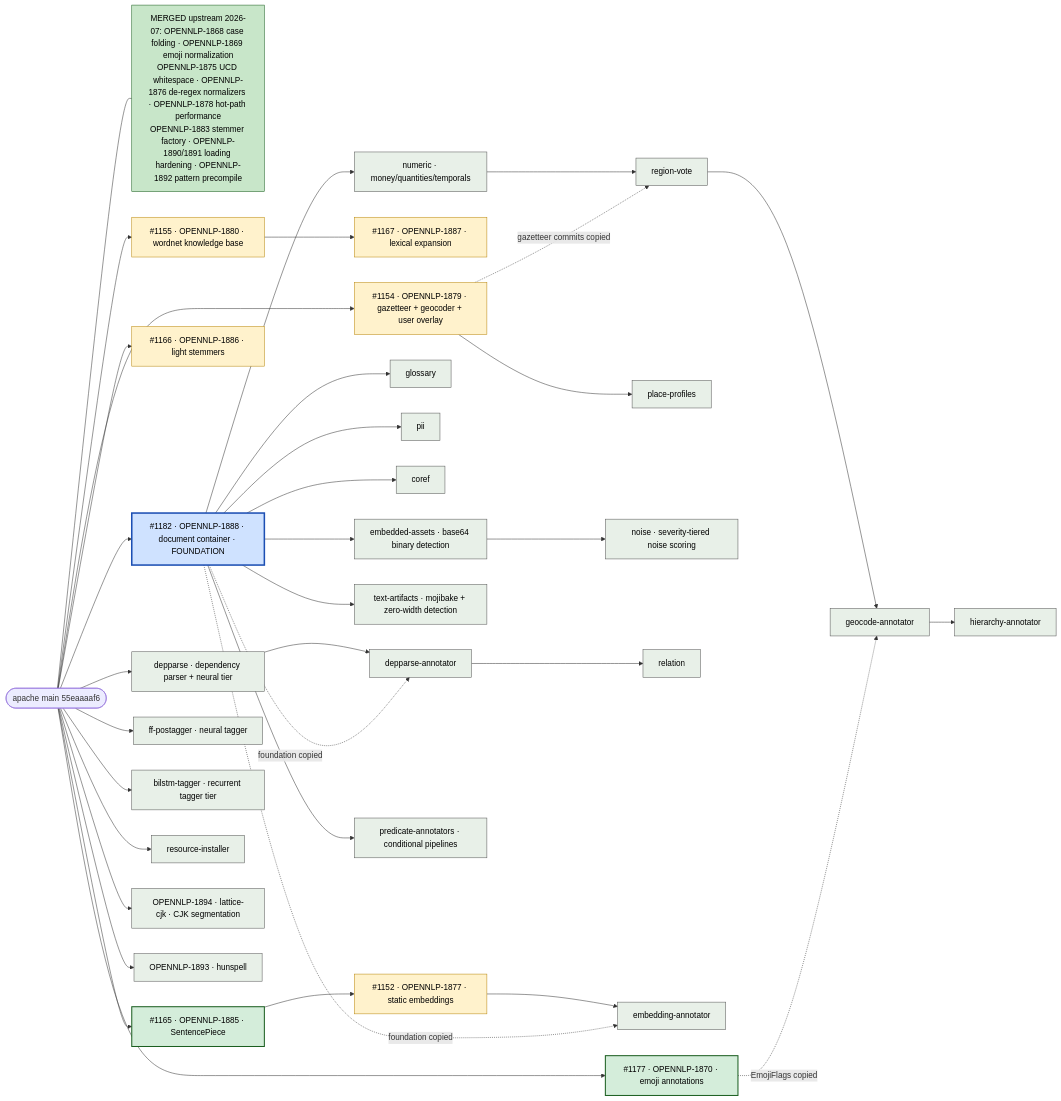
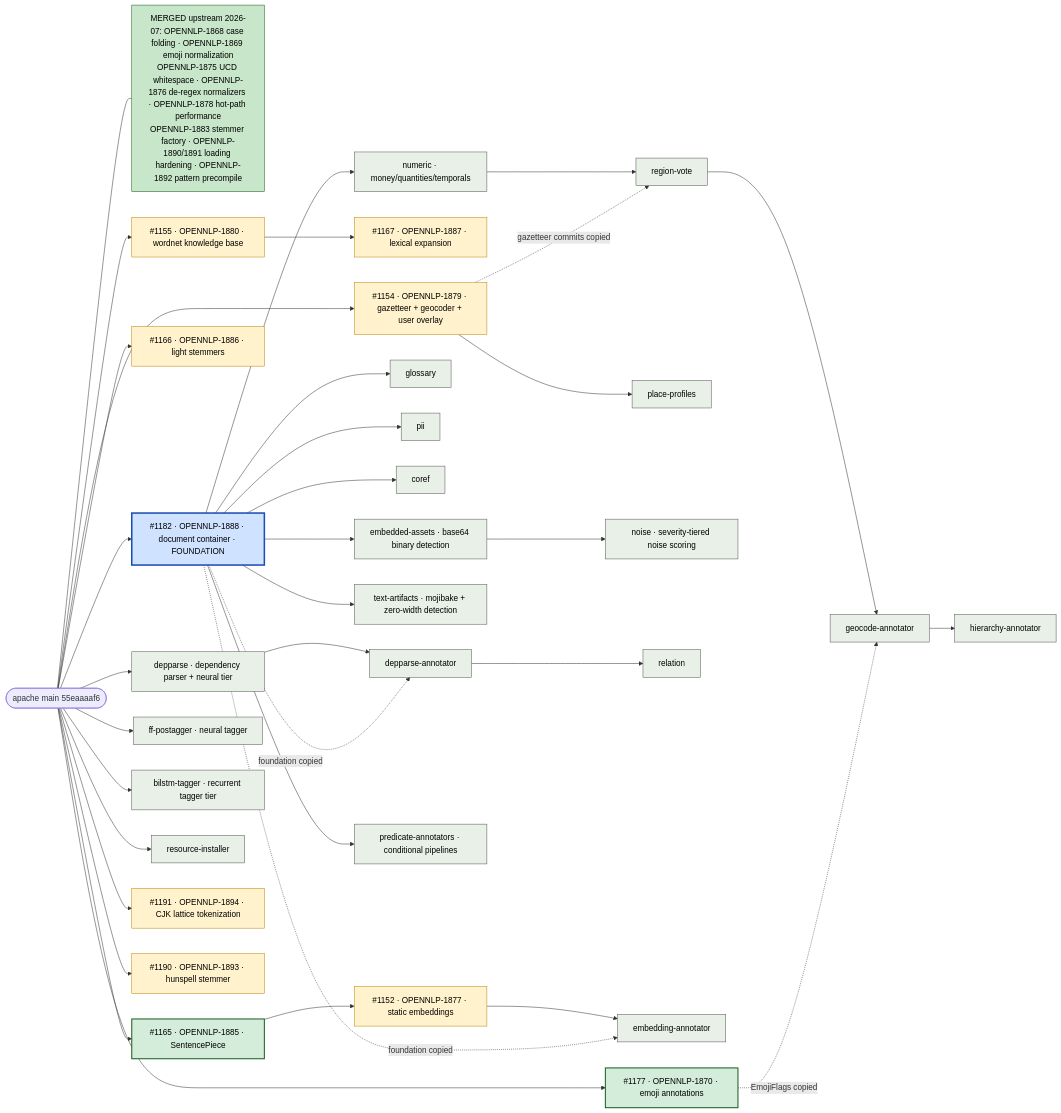
Before and after one commit to ai-pipestream/opennlp: the diagram in RESEARCH_BRANCHES.md, drawn with Mermaid. The commit also changed other lines of this file, not shown here.

Commit message:
RESEARCH_BRANCHES.md: hunspell and lattice-cjk promoted to draft PRs #1190 and #1191

````diff
--- a/RESEARCH_BRANCHES.md
+++ b/RESEARCH_BRANCHES.md
@@ -9,63 +9,63 @@
 ```mermaid
 flowchart LR
   main([apache main 55eaaaaf6])
 
   merged["MERGED upstream 2026-07: OPENNLP-1868 case folding · OPENNLP-1869 emoji normalization<br/>OPENNLP-1875 UCD whitespace · OPENNLP-1876 de-regex normalizers · OPENNLP-1878 hot-path performance<br/>OPENNLP-1883 stemmer factory · OPENNLP-1890/1891 loading hardening · OPENNLP-1892 pattern precompile"]
   main --- merged
 
   %% ---- open pull requests against apache/opennlp ----
   main --> p1177["#1177 · OPENNLP-1870 · emoji annotations"]
   main --> p1182["#1182 · OPENNLP-1888 · document container · FOUNDATION"]
   main --> d1154["#1154 · OPENNLP-1879 · gazetteer + geocoder + user overlay"]
   main --> d1155["#1155 · OPENNLP-1880 · wordnet knowledge base"]
   d1155 --> d1167["#1167 · OPENNLP-1887 · lexical expansion"]
   main --> d1166["#1166 · OPENNLP-1886 · light stemmers"]
   main --> d1165["#1165 · OPENNLP-1885 · SentencePiece"]
   d1165 --> d1152["#1152 · OPENNLP-1877 · static embeddings"]
 
   %% ---- staged engines (this fork only) ----
   main --> depp["depparse · dependency parser + neural tier"]
   main --> fftag["ff-postagger · neural tagger"]
   main --> bilstm["bilstm-tagger · recurrent tagger tier"]
   main --> inst["resource-installer"]
-  main --> cjk["OPENNLP-1894 · lattice-cjk · CJK segmentation"]
-  main --> huns["OPENNLP-1893 · hunspell"]
+  main --> cjk["#1191 · OPENNLP-1894 · CJK lattice tokenization"]
+  main --> huns["#1190 · OPENNLP-1893 · hunspell stemmer"]
   d1154 --> prof["place-profiles"]
 
   %% ---- staged annotators over the document container ----
   p1182 --> glos["glossary"]
   p1182 --> pii["pii"]
   p1182 --> coref["coref"]
   p1182 --> num["numeric · money/quantities/temporals"]
 
   %% ---- text-hygiene pack over the document container ----
   p1182 --> tart["text-artifacts · mojibake + zero-width detection"]
   p1182 --> asset["embedded-assets · base64 binary detection"]
   asset --> noiz["noise · severity-tiered noise scoring"]
   p1182 --> pred["predicate-annotators · conditional pipelines"]
 
   depp --> deppa["depparse-annotator"]
   p1182 -. foundation copied .-> deppa
   deppa --> rel["relation"]
 
   d1152 --> emb["embedding-annotator"]
   p1182 -. foundation copied .-> emb
 
   num --> rvote["region-vote"]
   d1154 -. gazetteer commits copied .-> rvote
   rvote --> geo["geocode-annotator"]
   p1177 -. EmojiFlags copied .-> geo
   geo --> hier["hierarchy-annotator"]
 
   classDef mergedC fill:#c8e6c9,stroke:#1b5e20,color:#000;
   classDef ready fill:#d4edda,stroke:#1b5e20,color:#000,stroke-width:2px;
   classDef draft fill:#fff2cc,stroke:#b8860b,color:#000;
   classDef foundation fill:#cfe2ff,stroke:#1c4fb3,color:#000,stroke-width:3px;
   classDef cut fill:#e8f0e8,stroke:#555,color:#000;
 
   class merged mergedC;
   class p1177,d1165 ready;
-  class d1152,d1154,d1155,d1166,d1167 draft;
+  class d1152,d1154,d1155,d1166,d1167,huns,cjk draft;
   class p1182 foundation;
-  class depp,fftag,bilstm,inst,cjk,huns,prof,glos,pii,coref,num,tart,asset,noiz,pred,deppa,rel,geo,hier,rvote,emb cut;
+  class depp,fftag,bilstm,inst,prof,glos,pii,coref,num,tart,asset,noiz,pred,deppa,rel,geo,hier,rvote,emb cut;
 ```
````
